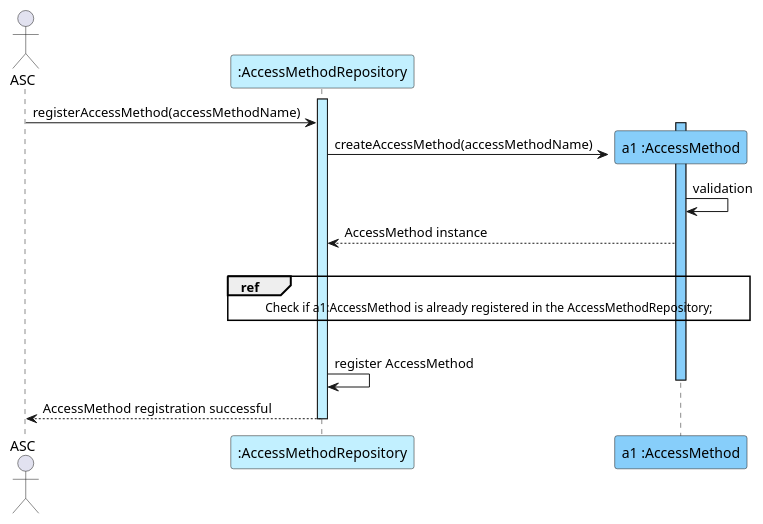
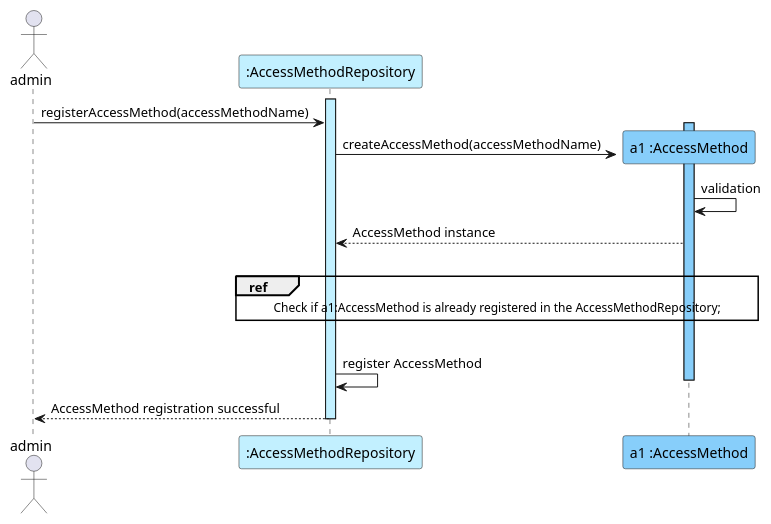
The diagram in docs/sequenceSystemDiagrams/US02_ConfigureAccessMethodsInSystem.puml (GasparISEP/DevOps-PAI), drawn with PlantUML before and after one commit.

Commit message:
update in US02 SSD

```diff
--- a/docs/sequenceSystemDiagrams/US02_ConfigureAccessMethodsInSystem.puml
+++ b/docs/sequenceSystemDiagrams/US02_ConfigureAccessMethodsInSystem.puml
@@ -1,22 +1,22 @@
 @startuml
-actor ASC
+actor admin
 participant ":AccessMethodRepository" as AccessMethodRepository #application
 
 activate AccessMethodRepository #application
-ASC -> AccessMethodRepository : registerAccessMethod(accessMethodName)
+admin -> AccessMethodRepository : registerAccessMethod(accessMethodName)
 
 create "a1 :AccessMethod" as AccessMethod #lightskyblue
 activate AccessMethod #lightskyblue
 AccessMethodRepository -> AccessMethod : createAccessMethod(accessMethodName)
 AccessMethod -> AccessMethod : validation
 AccessMethod --> AccessMethodRepository :AccessMethod instance
 |||
 ref over AccessMethod, AccessMethodRepository
     Check if a1:AccessMethod is already registered in the AccessMethodRepository;
 end ref
 |||
 AccessMethodRepository -> AccessMethodRepository: register AccessMethod
 deactivate AccessMethod #lightskyblue
-AccessMethodRepository --> ASC: AccessMethod registration successful
+AccessMethodRepository --> admin: AccessMethod registration successful
 deactivate AccessMethodRepository #application
 @enduml
```
